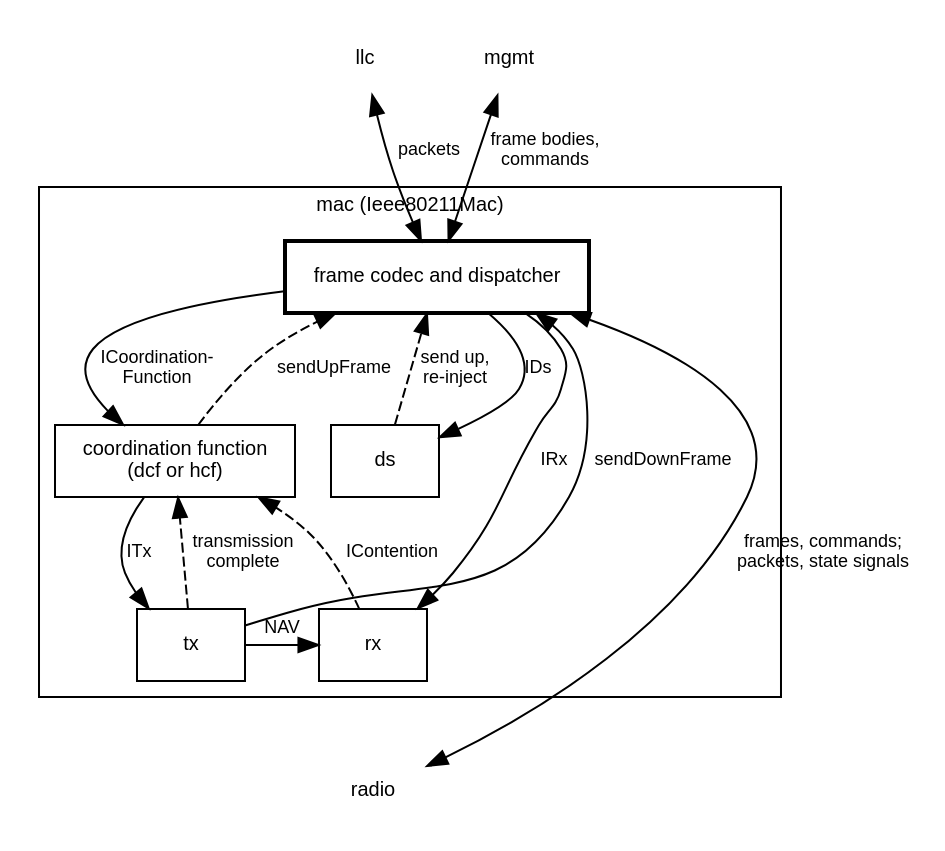
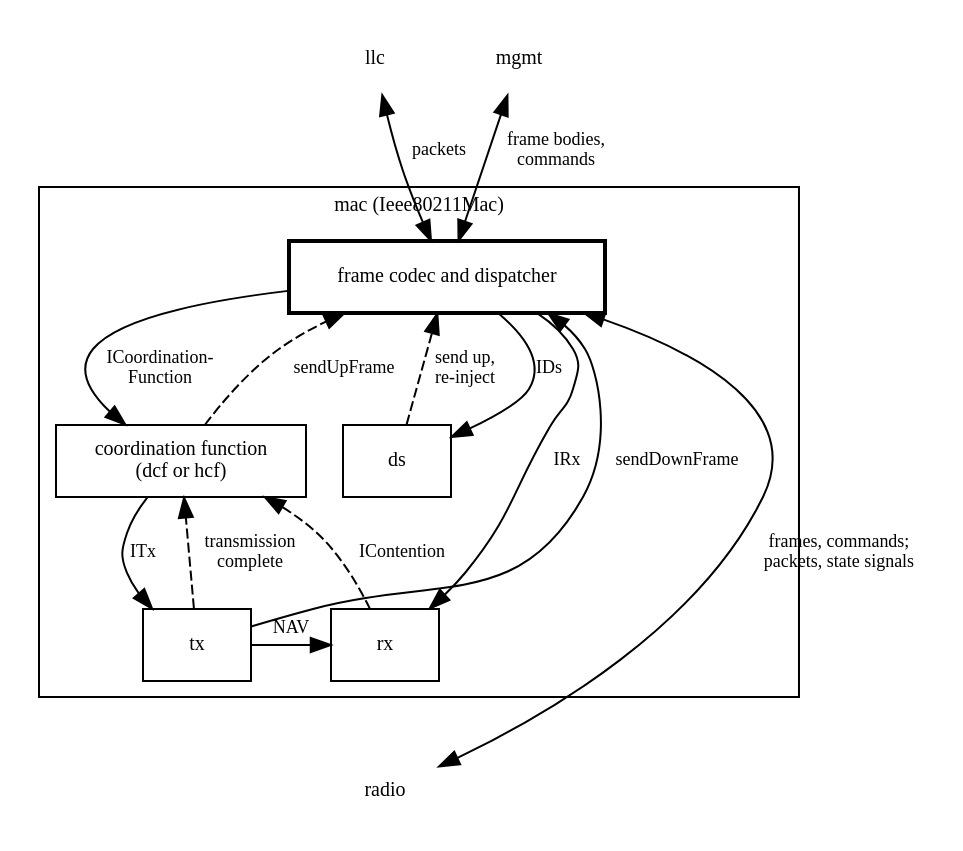
The diagram in doc/src/developers-guide/figures/ieee80211_mac.dot (inet-framework/inet), drawn with Graphviz before and after one commit. The commit also changed 7 other files, not shown here.

```diff
--- a/doc/src/developers-guide/figures/ieee80211_mac.dot
+++ b/doc/src/developers-guide/figures/ieee80211_mac.dot
@@ -1,36 +1,36 @@
 digraph g {
   newrank=true; rankdir="TB"; nodesep=0.25; ranksep=0.5
-  node [shape=box, fontsize=10, fontname="Helvetica"]
-  edge [fontsize=9, fontname="Helvetica"]
+  node [shape=box, fontsize=10]
+  edge [fontsize=9]
 
   llc [label="llc", shape=plaintext]
   mgmt [label="mgmt", shape=plaintext]
   subgraph cluster_mac {
-    label="mac (Ieee80211Mac)"; fontsize=10; fontname="Helvetica"
+    label="mac (Ieee80211Mac)"; fontsize=10
     macmod [label="frame codec and dispatcher", style=bold]
     cf [label="coordination function\n(dcf or hcf)"]
     ds [label="ds"]
     tx [label="tx"]
     rx [label="rx"]
   }
   radio [label="radio", shape=plaintext]
 
   { rank=same; llc; mgmt }
   { rank=same; cf; ds }
   { rank=same; tx; rx }
 
   llc -> macmod [label="packets", dir=both]
   mgmt -> macmod [label="frame bodies,\ncommands", dir=both]
   macmod -> cf [label="ICoordination-\nFunction"]
   cf -> macmod [label="sendUpFrame", style=dashed]
   macmod -> ds [label="IDs"]
   ds -> macmod [label="send up,\nre-inject", style=dashed]
   cf -> tx [label="ITx"]
   tx -> cf [label="transmission\ncomplete", style=dashed]
   macmod -> rx [label="IRx"]
   rx -> cf [label="IContention", style=dashed]
   tx -> rx [label="NAV"]
   tx -> macmod [label="sendDownFrame", constraint=false]
   rx -> radio [style=invis]
   macmod -> radio [label="frames, commands;\npackets, state signals", dir=both, constraint=false]
 }
```
